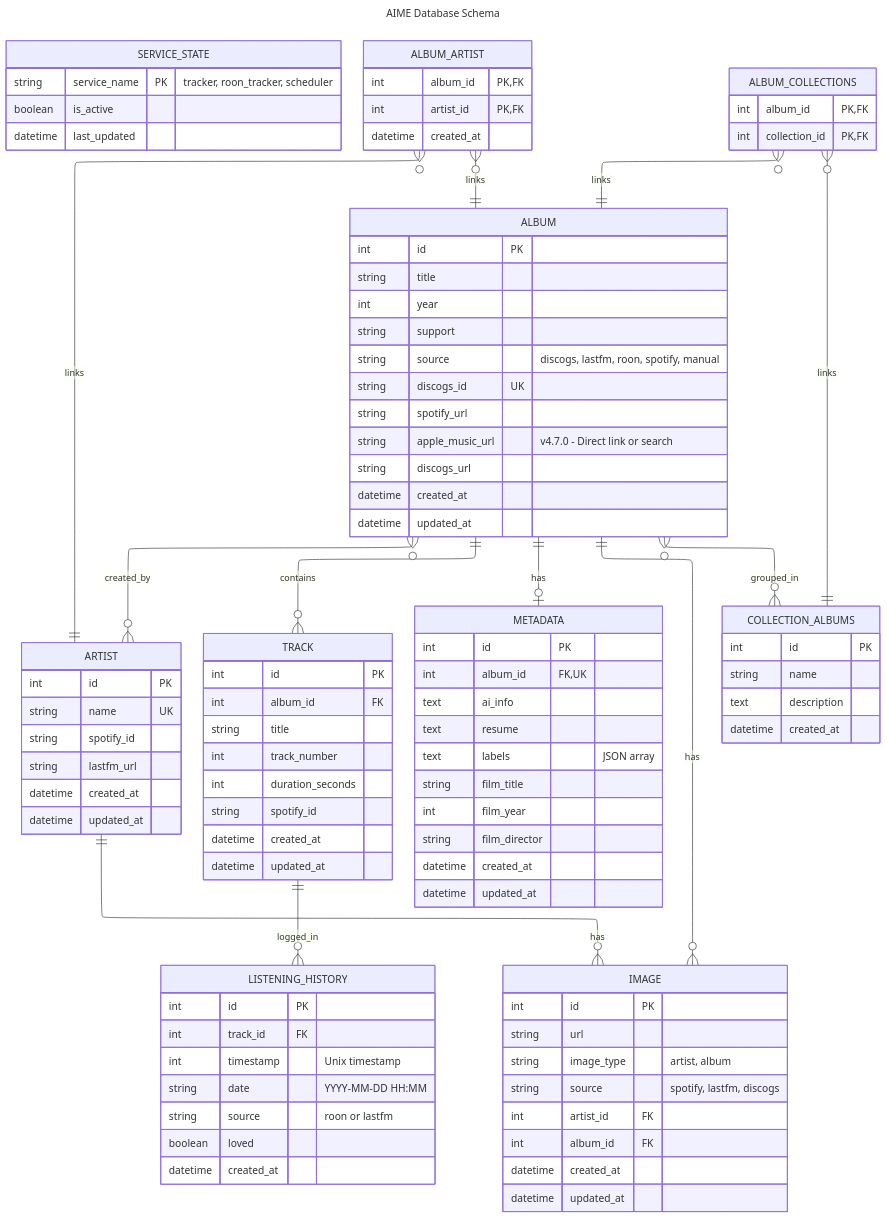
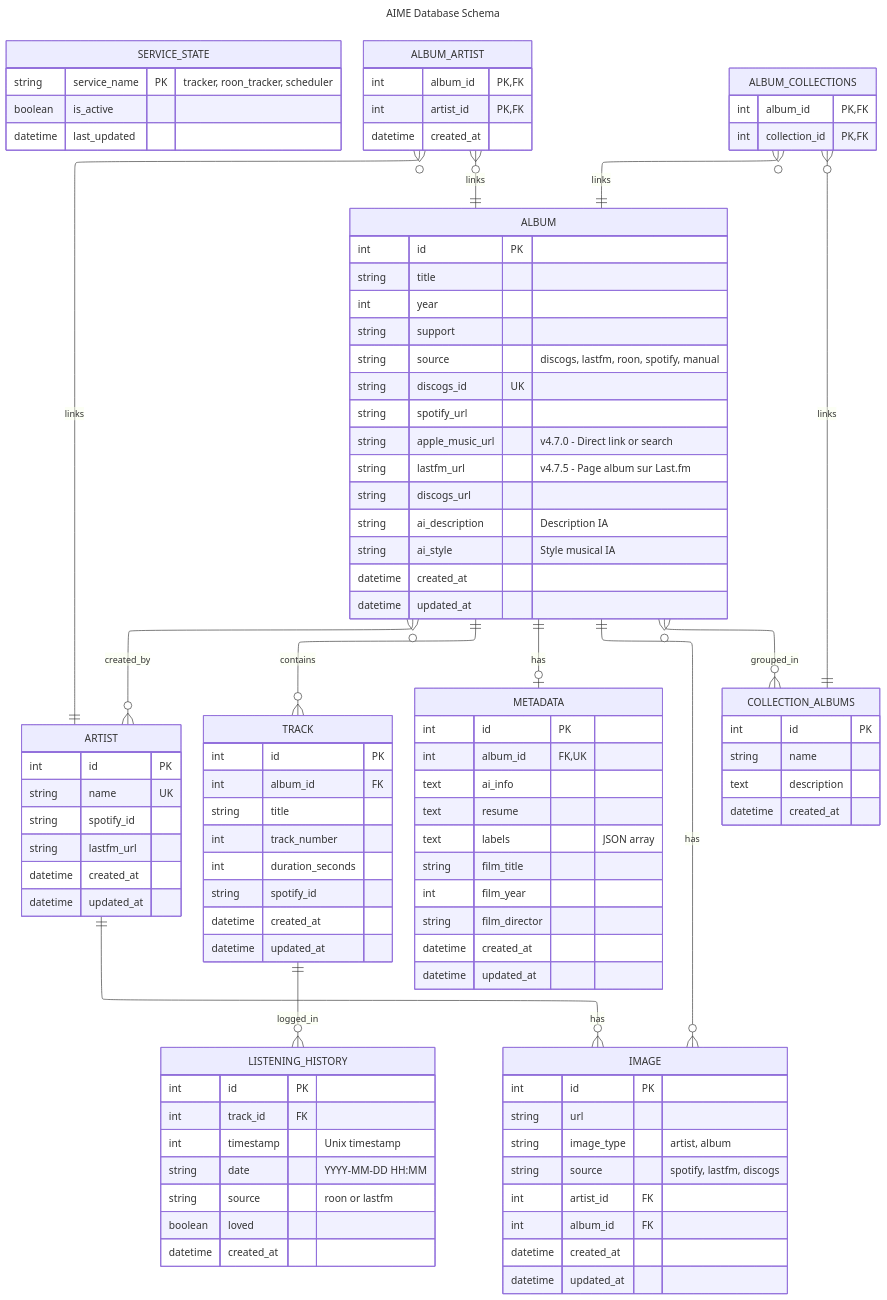
One commit to pat-the-geek/AIME---AI-Music-Enabler changed the diagram in docs/architecture/DATABASE-SCHEMA.md. Above: the diagram before and after it, drawn with Mermaid. The commit also changed other lines of this file and 22 other files, not shown here.

```diff
--- a/docs/architecture/DATABASE-SCHEMA.md
+++ b/docs/architecture/DATABASE-SCHEMA.md
@@ -23,7 +23,10 @@
         string discogs_id UK
         string spotify_url
         string apple_music_url "v4.7.0 - Direct link or search"
+        string lastfm_url "v4.7.5 - Page album sur Last.fm"
         string discogs_url
+        string ai_description "Description IA"
+        string ai_style "Style musical IA"
         datetime created_at
         datetime updated_at
     }
```
